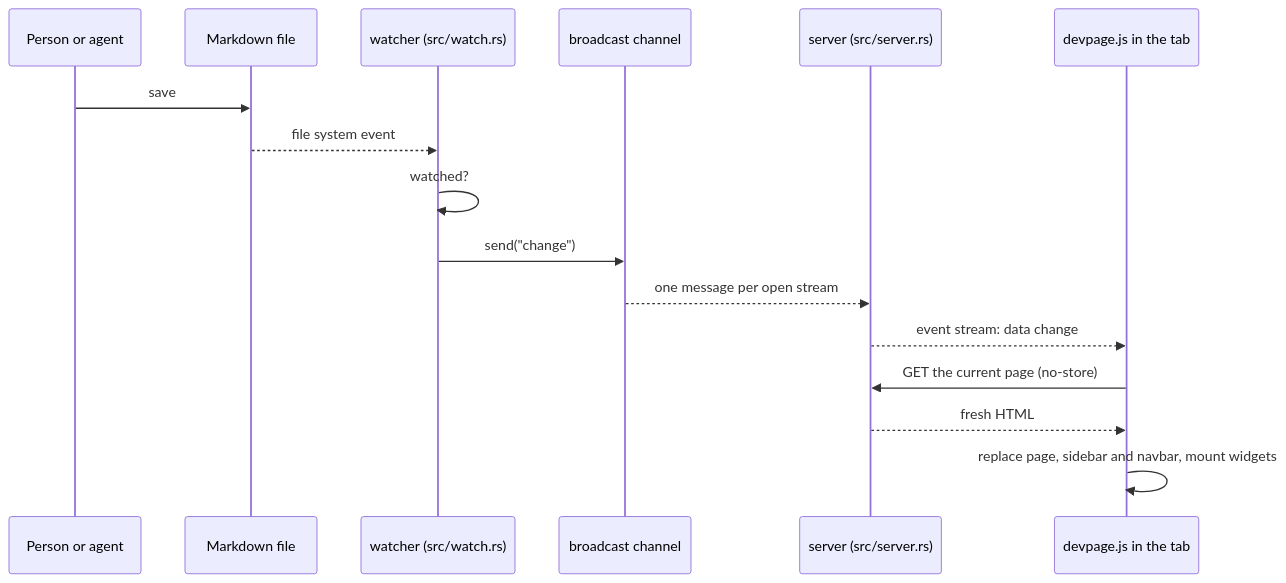
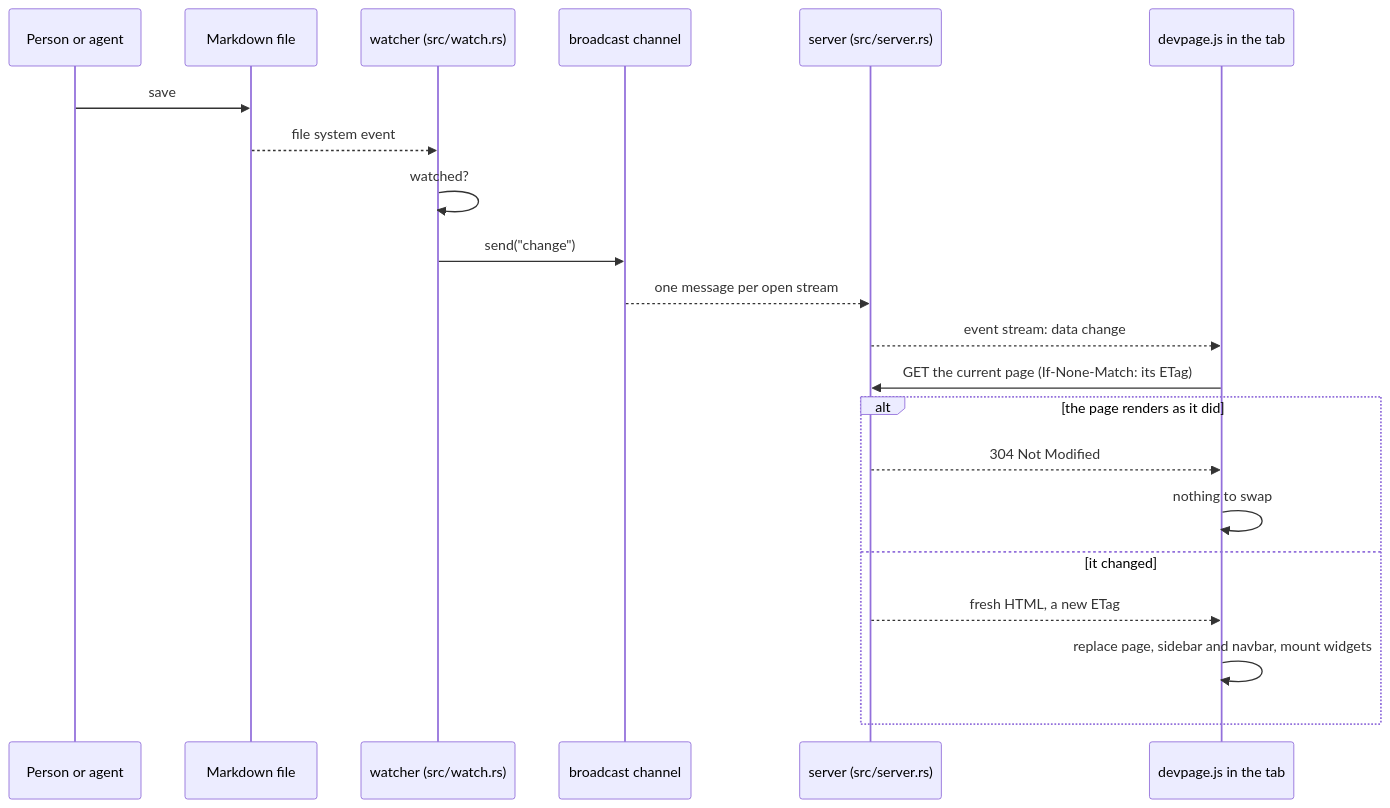
Before and after one commit to andrei512/devpage: the first of 2 diagrams in docs/boxes/viewer/live-updates/README.md, drawn with Mermaid. The commit also changed other lines of this file and 26 other files, not shown here.

````diff
--- a/docs/boxes/viewer/live-updates/README.md
+++ b/docs/boxes/viewer/live-updates/README.md
@@ -13,18 +13,23 @@
 ```mermaid
 sequenceDiagram
   participant Editor as Person or agent
   participant Disk as Markdown file
   participant Watcher as watcher (src/watch.rs)
   participant Channel as broadcast channel
   participant Server as server (src/server.rs)
   participant Page as devpage.js in the tab
   Editor->>Disk: save
   Disk-->>Watcher: file system event
   Watcher->>Watcher: watched?
   Watcher->>Channel: send("change")
   Channel-->>Server: one message per open stream
   Server-->>Page: event stream: data change
-  Page->>Server: GET the current page (no-store)
-  Server-->>Page: fresh HTML
-  Page->>Page: replace page, sidebar and navbar, mount widgets
+  Page->>Server: GET the current page (If-None-Match: its ETag)
+  alt the page renders as it did
+    Server-->>Page: 304 Not Modified
+    Page->>Page: nothing to swap
+  else it changed
+    Server-->>Page: fresh HTML, a new ETag
+    Page->>Page: replace page, sidebar and navbar, mount widgets
+  end
 ```
````
